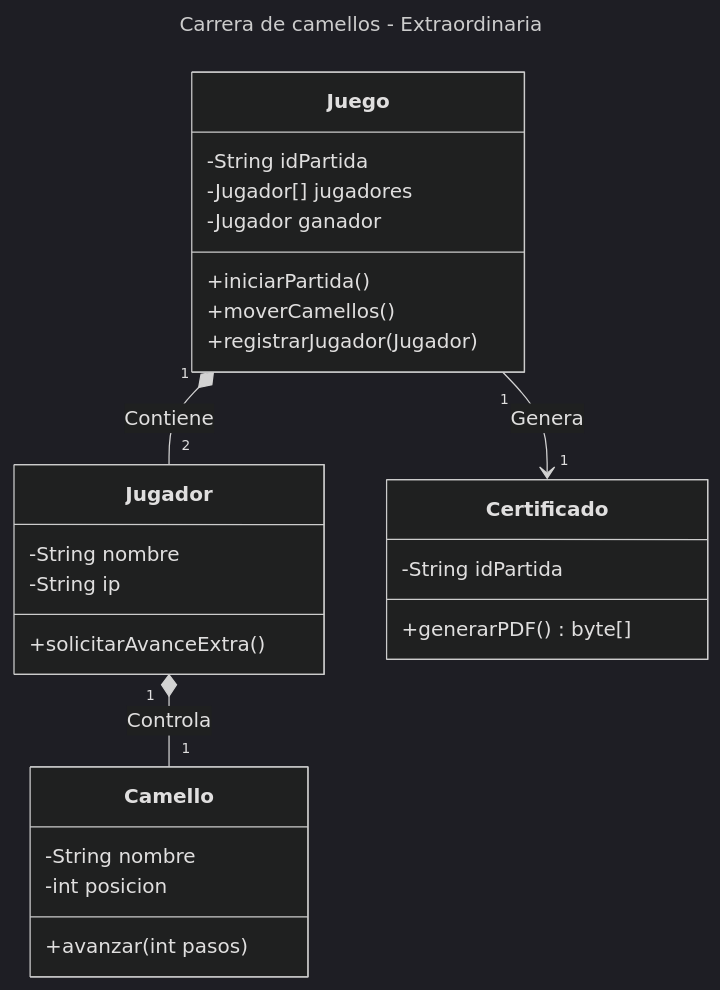
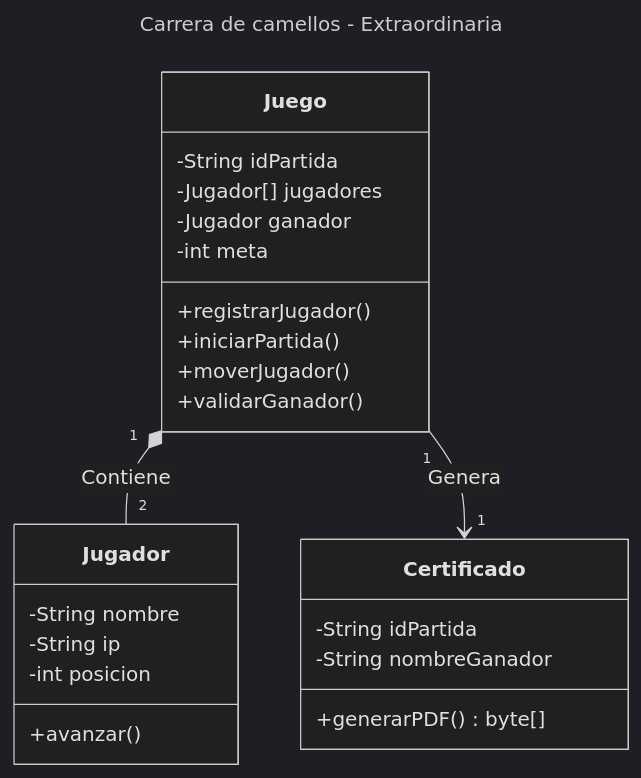
The first of 2 diagrams in README.md (AndySanchezV/PSP_Camellos), drawn with Mermaid (dark theme) before and after one commit. The commit also changed other lines of this file, not shown here.

````diff
--- a/README.md
+++ b/README.md
@@ -3,37 +3,34 @@
 ```mermaid
 ---
 title: Carrera de camellos - Extraordinaria
 ---
 classDiagram
     direction TB
 
     class Juego {
         -String idPartida
         -Jugador[] jugadores
         -Jugador ganador
+        -int meta
+        +registrarJugador()
         +iniciarPartida()
-        +moverCamellos()
-        +registrarJugador(Jugador)
+        +moverJugador()
+        +validarGanador()
     }
 
     class Jugador {
         -String nombre
         -String ip
-        +solicitarAvanceExtra()
-    }
-
-    class Camello {
-        -String nombre
         -int posicion
-        +avanzar(int pasos)
+        +avanzar()
     }
 
     class Certificado {
         -String idPartida
+        -String nombreGanador
         +generarPDF() byte[]
     }
 
     Juego "1" *-- "2" Jugador : Contiene
-    Jugador "1" *-- "1" Camello : Controla
     Juego "1" --> "1" Certificado : Genera
 ```
````
